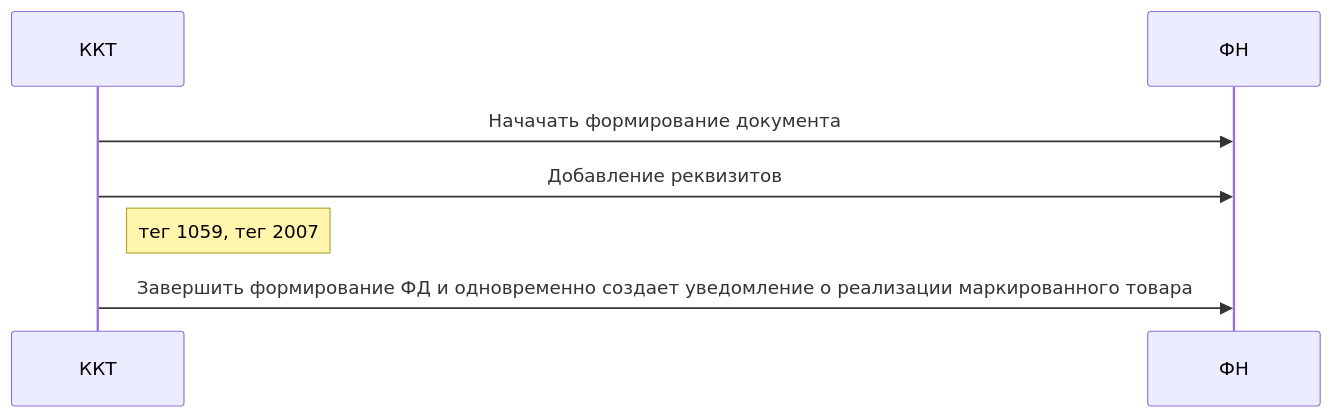
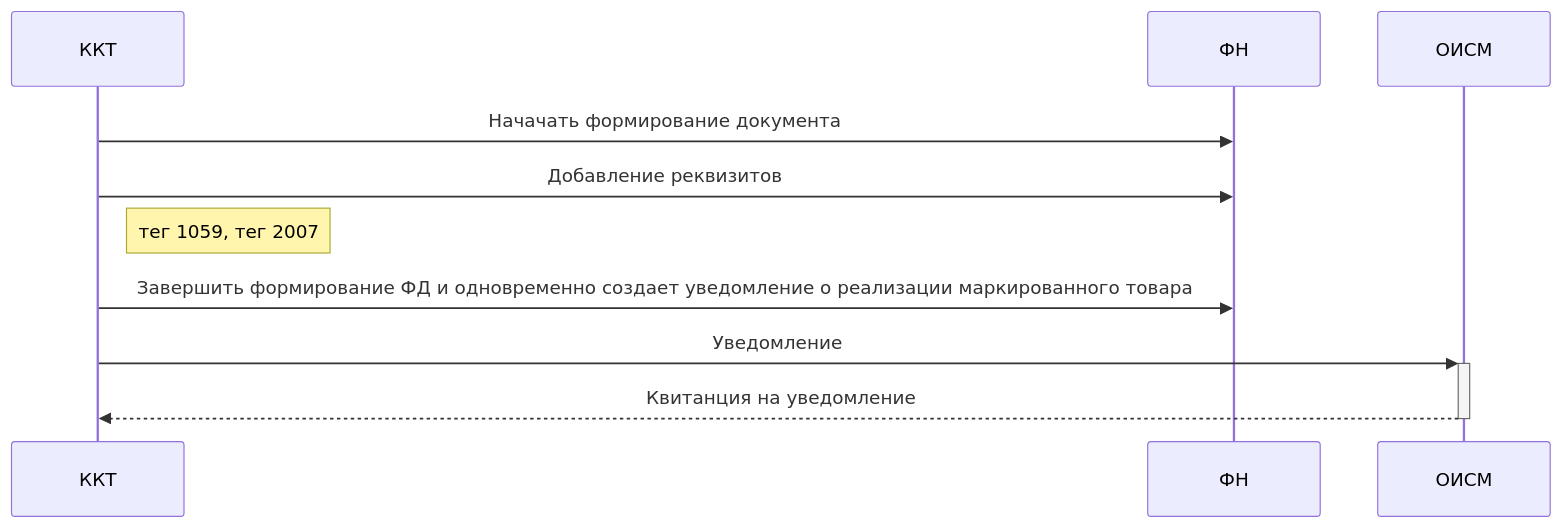
One commit to Mcublog/fiscal_algo changed the third of 3 diagrams in README.md. Above: the diagram before and after it, drawn with Mermaid. The commit also changed other lines of this file, not shown here.

````diff
--- a/README.md
+++ b/README.md
@@ -33,7 +33,10 @@
 ```mermaid
 sequenceDiagram
     ККТ->>ФН: Начачать формирование документа
     ККТ->>ФН: Добавление реквизитов
     Note right of ККТ: тег 1059, тег 2007
     ККТ->>ФН: Завершить формирование ФД и одновременно создает уведомление о реализации маркированного товара
+    ККТ->>+ОИСМ: Уведомление
+    ОИСМ-->>-ККТ: Квитанция на уведомление
+
 ```
````
